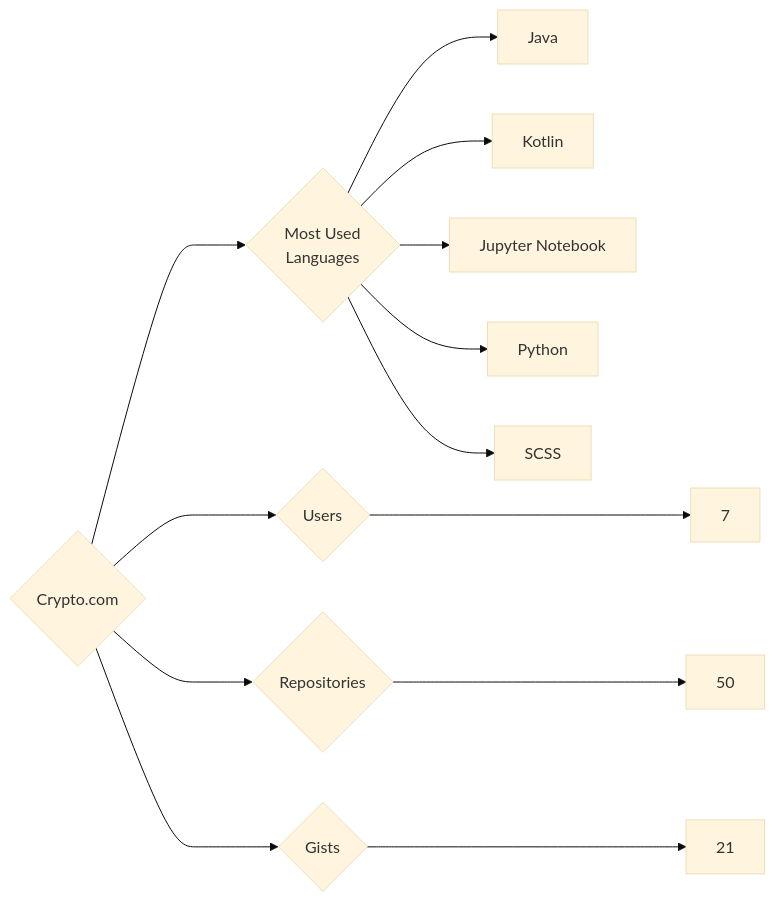
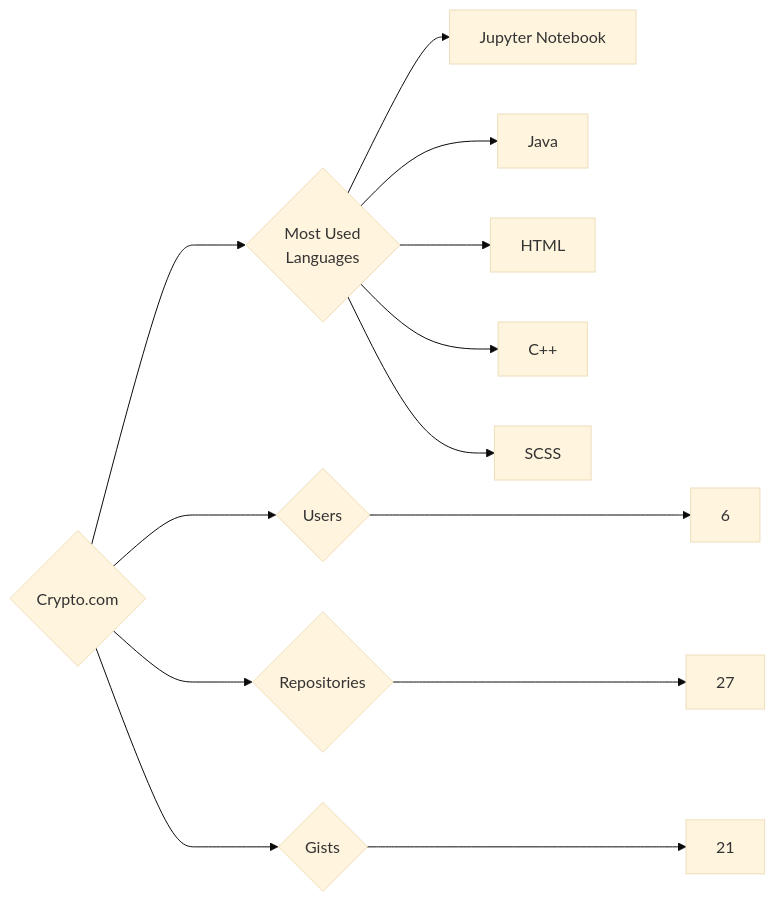
Before and after one commit to trickest/insiders: the diagram in targets/Crypto.com/README.md, drawn with Mermaid (base theme). The commit also changed 934 other files, not shown here.

````diff
--- a/targets/Crypto.com/README.md
+++ b/targets/Crypto.com/README.md
@@ -3,13 +3,13 @@
 ```mermaid
 graph LR
 COMPANY_NAME{Crypto.com}
-COMPANY_NAME ---> U{Users} ---> UN[7]
-COMPANY_NAME ---> R{Repositories} ---> RN[50]
+COMPANY_NAME ---> U{Users} ---> UN[6]
+COMPANY_NAME ---> R{Repositories} ---> RN[27]
 COMPANY_NAME ---> G{Gists} ---> GN[21]
 COMPANY_NAME ---> ML{Most Used<br>Languages}
+ML --> Jupyter_Notebook[Jupyter Notebook]
 ML --> Java[Java]
-ML --> Kotlin[Kotlin]
-ML --> Jupyter_Notebook[Jupyter Notebook]
-ML --> Python[Python]
+ML --> HTML[HTML]
+ML --> C++[C++]
 ML --> SCSS[SCSS]
 ```
````
